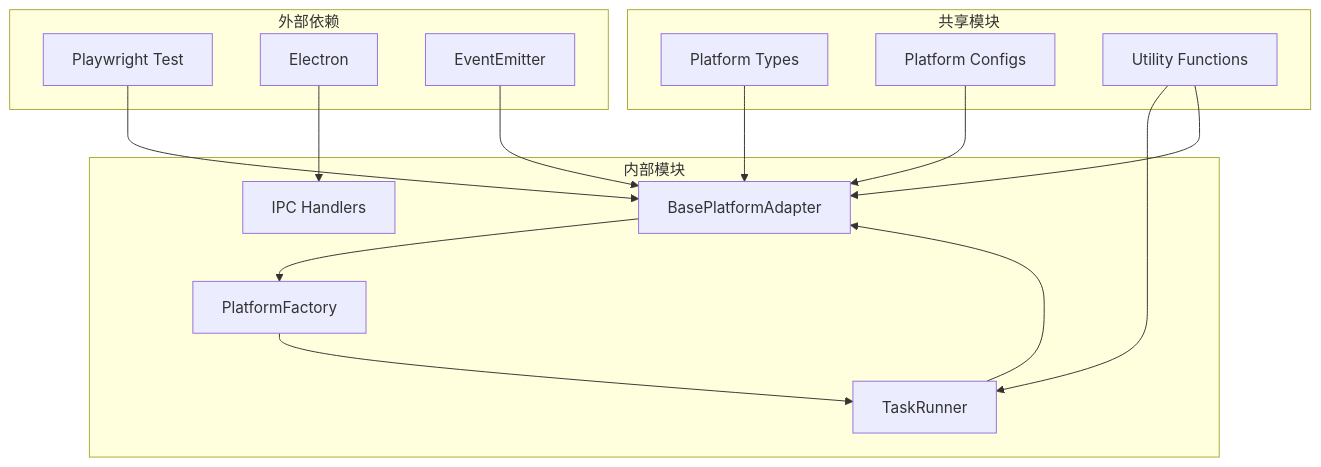
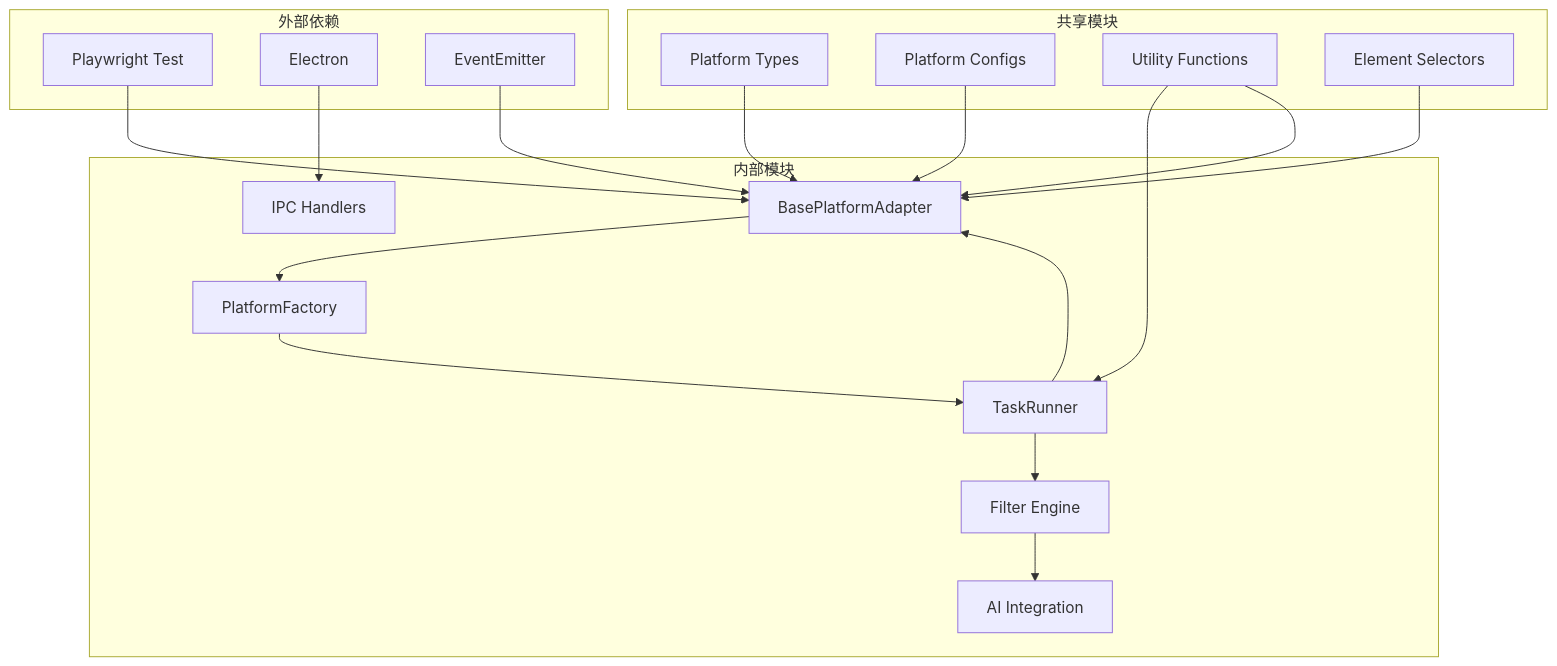
One commit to hipig/autoOps changed diagram 11 of 11 in .qoder/repowiki/zh/content/核心模块/平台适配器系统/平台适配器实现.md. Above: the diagram before and after it, drawn with Mermaid. The commit also changed other lines of this file and 37 other files, not shown here.

````diff
--- a/.qoder/repowiki/zh/content/核心模块/平台适配器系统/平台适配器实现.md
+++ b/.qoder/repowiki/zh/content/核心模块/平台适配器系统/平台适配器实现.md
@@ -415,29 +515,35 @@
 ```mermaid
 graph TB
 subgraph "外部依赖"
 Playwright[Playwright Test]
 Electron[Electron]
 EventEmitter[EventEmitter]
 end
 subgraph "内部模块"
 BaseAdapter[BasePlatformAdapter]
 Factory[PlatformFactory]
 TaskRunner[TaskRunner]
 IPC[IPC Handlers]
+FilterEngine[Filter Engine]
+AIIntegration[AI Integration]
 end
 subgraph "共享模块"
 PlatformTypes[Platform Types]
 PlatformConfigs[Platform Configs]
 Utils[Utility Functions]
+Elements[Element Selectors]
 end
 Playwright --> BaseAdapter
 Electron --> IPC
 EventEmitter --> BaseAdapter
 BaseAdapter --> Factory
 Factory --> TaskRunner
 TaskRunner --> BaseAdapter
+TaskRunner --> FilterEngine
+FilterEngine --> AIIntegration
 PlatformTypes --> BaseAdapter
 PlatformConfigs --> BaseAdapter
 Utils --> TaskRunner
 Utils --> BaseAdapter
+Elements --> BaseAdapter
 ```
````
